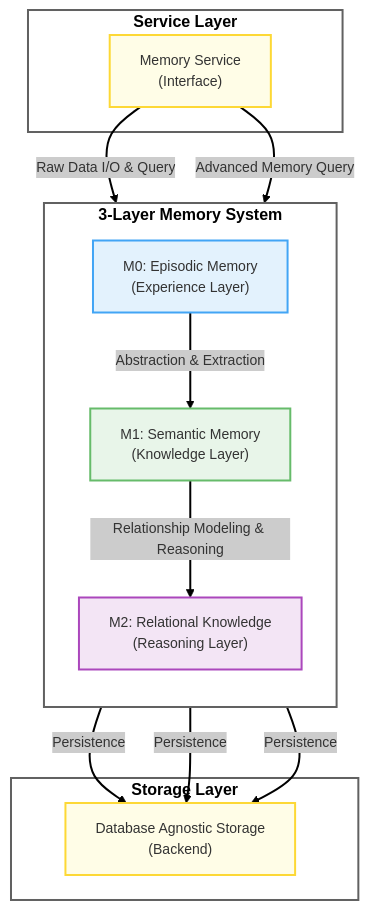
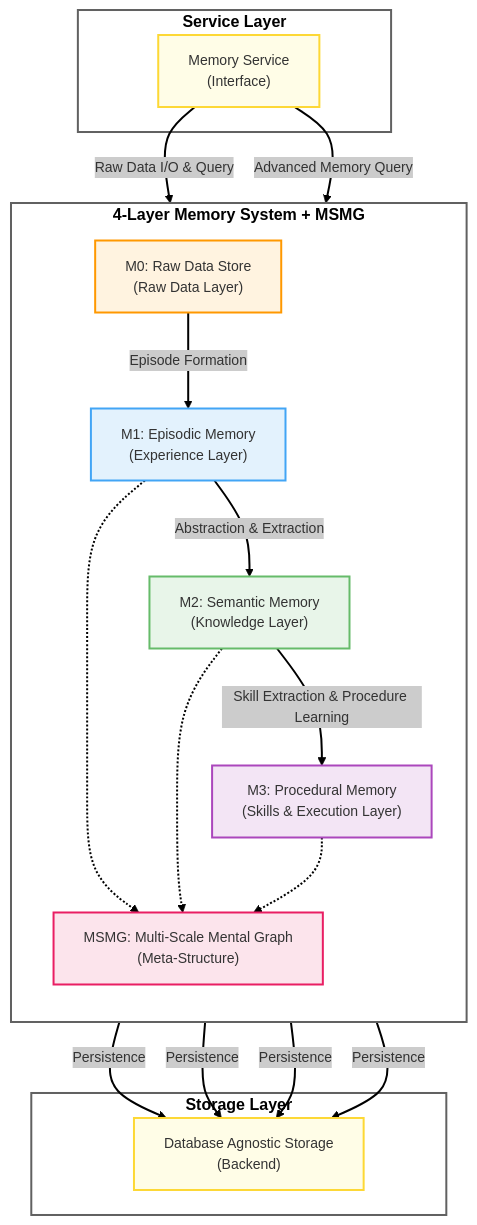
The fourth of 8 diagrams in docs/architecture/memory.md (memfuse/memfuse), drawn with Mermaid before and after one commit. The commit also changed other lines of this file and 17 other files, not shown here.

First line of the commit message:
feat(memory): update memory layer architecture and introduce M3 layer

````diff
--- a/docs/architecture/memory.md
+++ b/docs/architecture/memory.md
@@ -1006,41 +1070,52 @@
 ```mermaid
 ---
 config:
   layout: dagre
   theme: neo
 ---
 flowchart TD
  subgraph service_sub["Service Layer"]
         MS["Memory Service<br>(Interface)"]
   end
- subgraph hierarchy_sub["3-Layer Memory System"]
+ subgraph hierarchy_sub["4-Layer Memory System + MSMG"]
     direction TB
-        M0["M0: Episodic Memory<br>(Experience Layer)"]
-        M1["M1: Semantic Memory<br>(Knowledge Layer)"]
-        M2["M2: Relational Knowledge<br>(Reasoning Layer)"]
+        M0["M0: Raw Data Store<br>(Raw Data Layer)"]
+        M1["M1: Episodic Memory<br>(Experience Layer)"]
+        M2["M2: Semantic Memory<br>(Knowledge Layer)"]
+        M3["M3: Procedural Memory<br>(Skills & Execution Layer)"]
+        MSMG["MSMG: Multi-Scale Mental Graph<br>(Meta-Structure)"]
   end
  subgraph storage_sub["Storage Layer"]
         SL["Database Agnostic Storage<br>(Backend)"]
   end
-    M0 -- "Abstraction & Extraction" --> M1
-    M1 -- "Relationship Modeling & Reasoning" --> M2
+    M0 -- "Episode Formation" --> M1
+    M1 -- "Abstraction & Extraction" --> M2
+    M2 -- "Skill Extraction & Procedure Learning" --> M3
     MS -- "Raw Data I/O & Query" --> M0
     M0 -- "Persistence" --> SL
     M1 -- "Persistence" --> SL
     M2 -- "Persistence" --> SL
-    MS -- "Advanced Memory Query" --> M2
+    M3 -- "Persistence" --> SL
+    M1 -.-> MSMG
+    M2 -.-> MSMG
+    M3 -.-> MSMG
+    MS -- "Advanced Memory Query" --> M3
      MS:::service_style
      M0:::m0_style
      M1:::m1_style
      M2:::m2_style
+     M3:::m3_style
+     MSMG:::msmg_style
      SL:::service_style
      service_sub:::header_style
      hierarchy_sub:::header_style
      storage_sub:::header_style
     classDef default fill:#fff,stroke:#333,stroke-width:2px,font-size:14px,white-space:nowrap
     classDef header_style stroke:#616161,stroke-width:2px,color:black,font-weight:bold,font-size:16px,white-space:nowrap
-    classDef m0_style fill:#E3F2FD,stroke:#42A5F5
-    classDef m1_style fill:#E8F5E9,stroke:#66BB6A
-    classDef m2_style fill:#F3E5F5,stroke:#AB47BC
+    classDef m0_style fill:#FFF3E0,stroke:#FF9800
+    classDef m1_style fill:#E3F2FD,stroke:#42A5F5
+    classDef m2_style fill:#E8F5E9,stroke:#66BB6A
+    classDef m3_style fill:#F3E5F5,stroke:#AB47BC
+    classDef msmg_style fill:#FCE4EC,stroke:#E91E63
     classDef service_style fill:#FFFDE7,stroke:#FDD835
 ```
````
